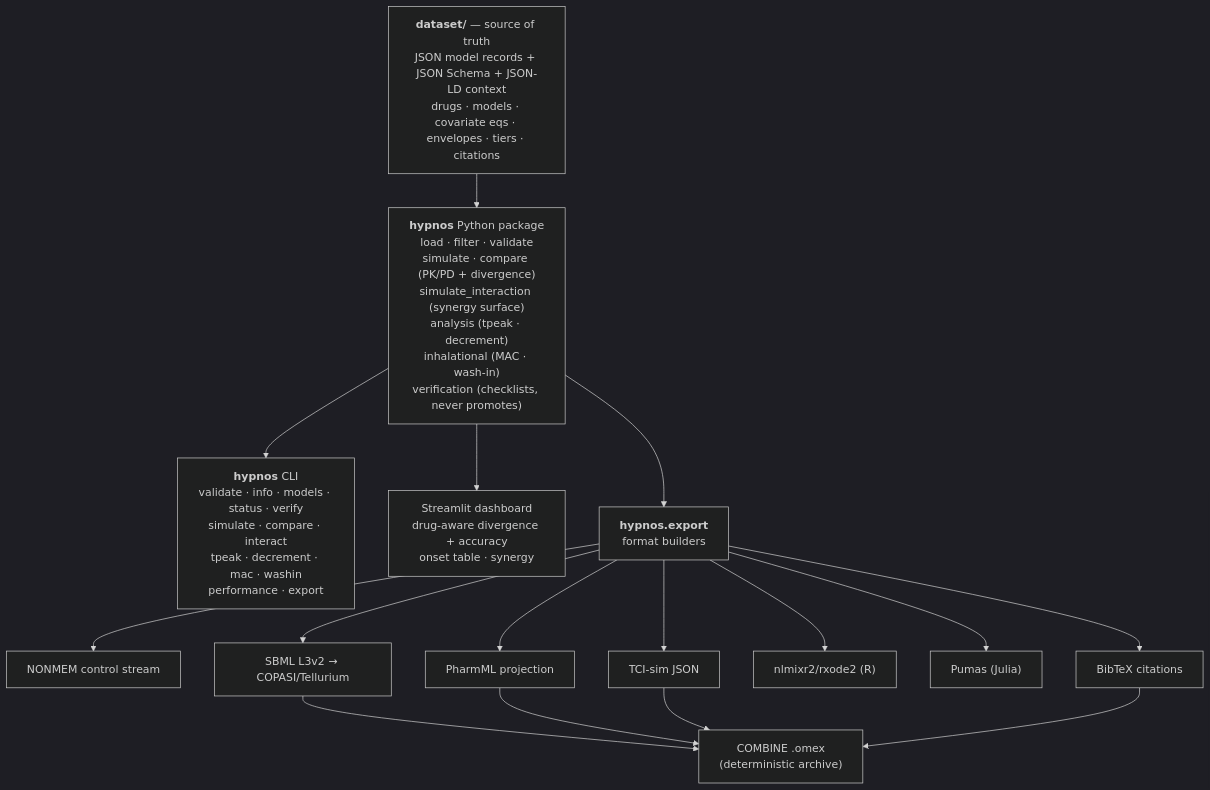
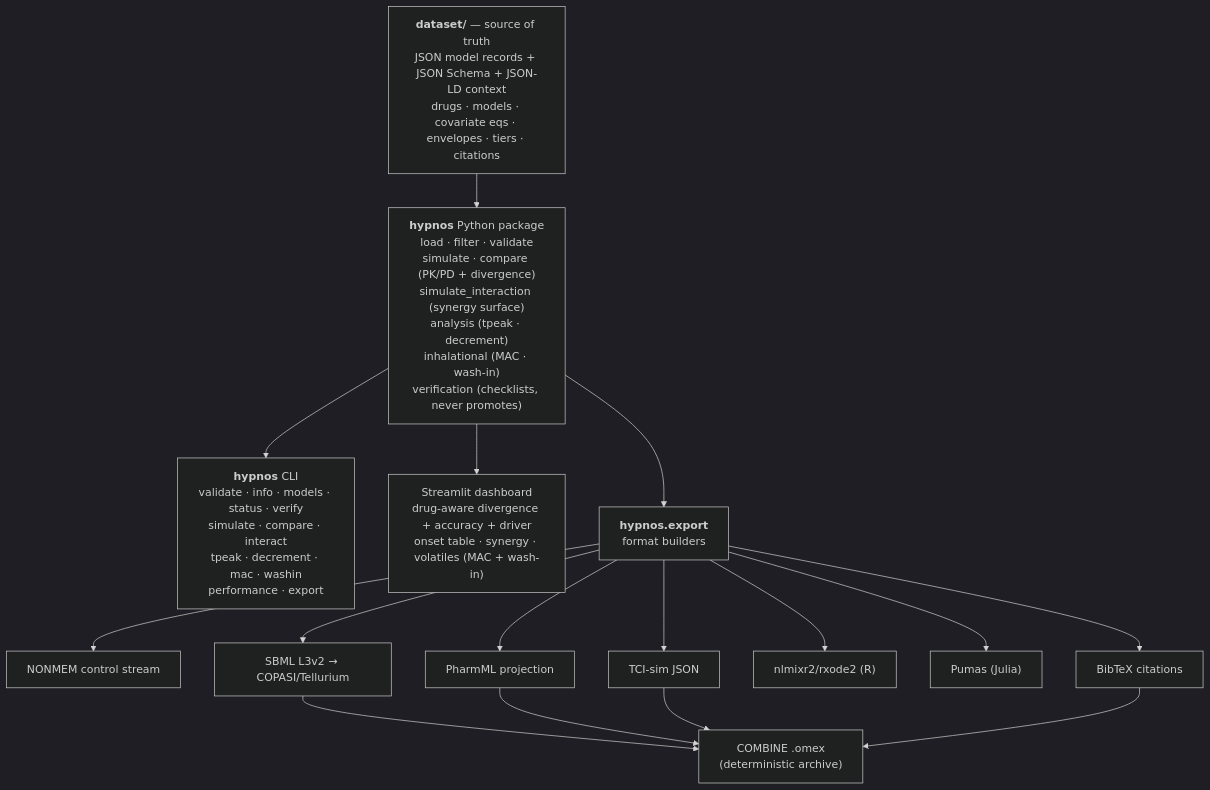
The first of 3 diagrams in README.md (clay-good/hypnos), drawn with Mermaid (dark theme) before and after one commit. The commit also changed other lines of this file and 3 other files, not shown here.

First line of the commit message:
Dashboard covers the volatiles; export well-formedness spans all PK models

````diff
--- a/README.md
+++ b/README.md
@@ -182,19 +182,19 @@
 ```mermaid
 flowchart TD
     DS["<b>dataset/</b> — source of truth<br/>JSON model records + JSON Schema + JSON-LD context<br/>drugs · models · covariate eqs · envelopes · tiers · citations"]
     DS --> PKG["<b>hypnos</b> Python package<br/>load · filter · validate<br/>simulate · compare (PK/PD + divergence)<br/>simulate_interaction (synergy surface)<br/>analysis (tpeak · decrement)<br/>inhalational (MAC · wash-in)<br/>verification (checklists, never promotes)"]
     PKG --> CLI["<b>hypnos</b> CLI<br/>validate · info · models · status · verify<br/>simulate · compare · interact<br/>tpeak · decrement · mac · washin<br/>performance · export"]
-    PKG --> DASH["Streamlit dashboard<br/>drug-aware divergence + accuracy<br/>onset table · synergy"]
+    PKG --> DASH["Streamlit dashboard<br/>drug-aware divergence + accuracy + driver<br/>onset table · synergy · volatiles (MAC + wash-in)"]
     PKG --> EXP["<b>hypnos.export</b><br/>format builders"]
     EXP --> NM["NONMEM control stream"]
     EXP --> PHARMML["PharmML projection"]
     EXP --> SBML["SBML L3v2 → COPASI/Tellurium"]
     EXP --> TCIJSON["TCI-sim JSON"]
     EXP --> RX["nlmixr2/rxode2 (R)"]
     EXP --> PUMAS["Pumas (Julia)"]
     EXP --> BIB["BibTeX citations"]
     SBML --> OMEX["COMBINE .omex<br/>(deterministic archive)"]
     PHARMML --> OMEX
     TCIJSON --> OMEX
     BIB --> OMEX
 ```
````
